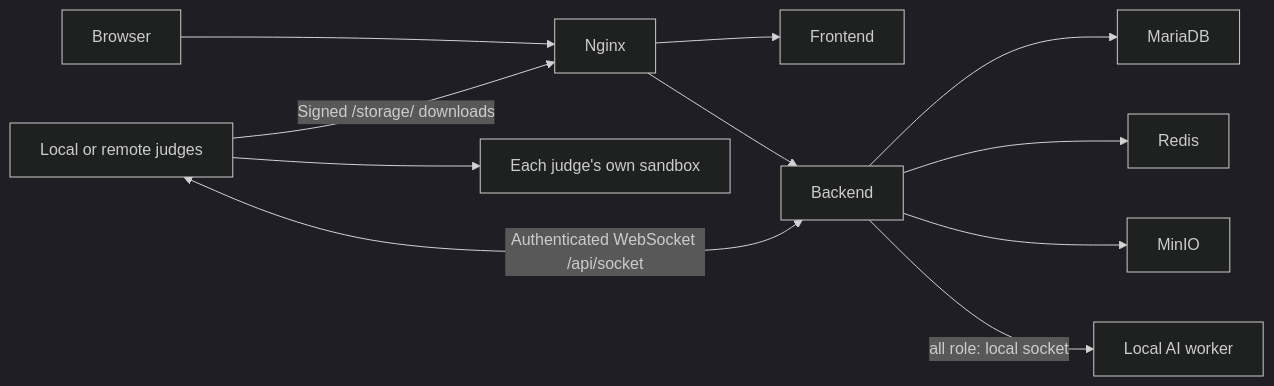
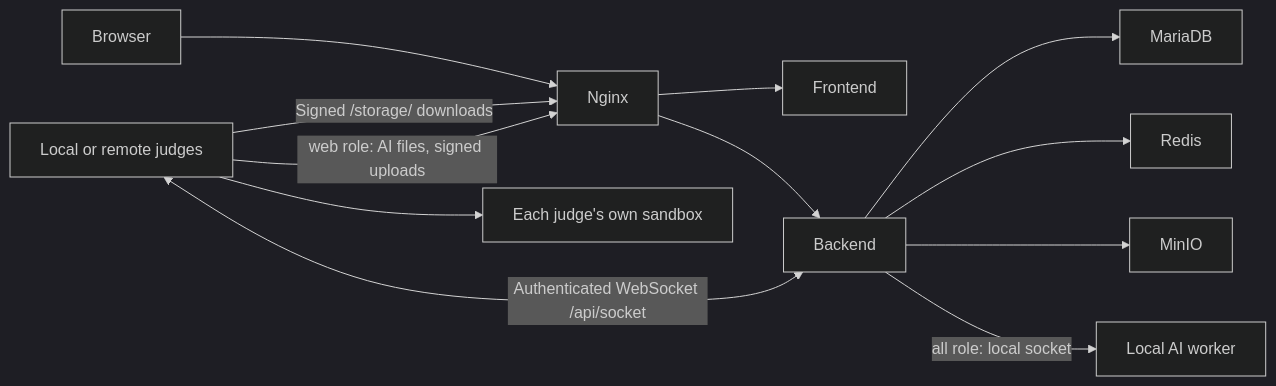
Before and after one commit to houyhlouis/LLMOJ: the diagram in wiki/Distributed-Judging.md, drawn with Mermaid (dark theme). The commit also changed other lines of this file and 39 other files, not shown here.

````diff
--- a/wiki/Distributed-Judging.md
+++ b/wiki/Distributed-Judging.md
@@ -10,13 +10,14 @@
 ```mermaid
 flowchart LR
     Browser[Browser] --> Nginx[Nginx]
     Nginx --> Frontend[Frontend]
     Nginx --> Backend[Backend]
     Backend --> DB[MariaDB]
     Backend --> Redis[Redis]
     Backend --> MinIO[MinIO]
     Judges[Local or remote judges] <-->|Authenticated WebSocket /api/socket| Backend
     Judges --> Sandbox[Each judge's own sandbox]
     Judges -->|Signed /storage/ downloads| Nginx
     Backend -->|all role: local socket| AIWorker[Local AI worker]
+    Judges -->|web role: AI files, signed uploads| Nginx
 ```
````
